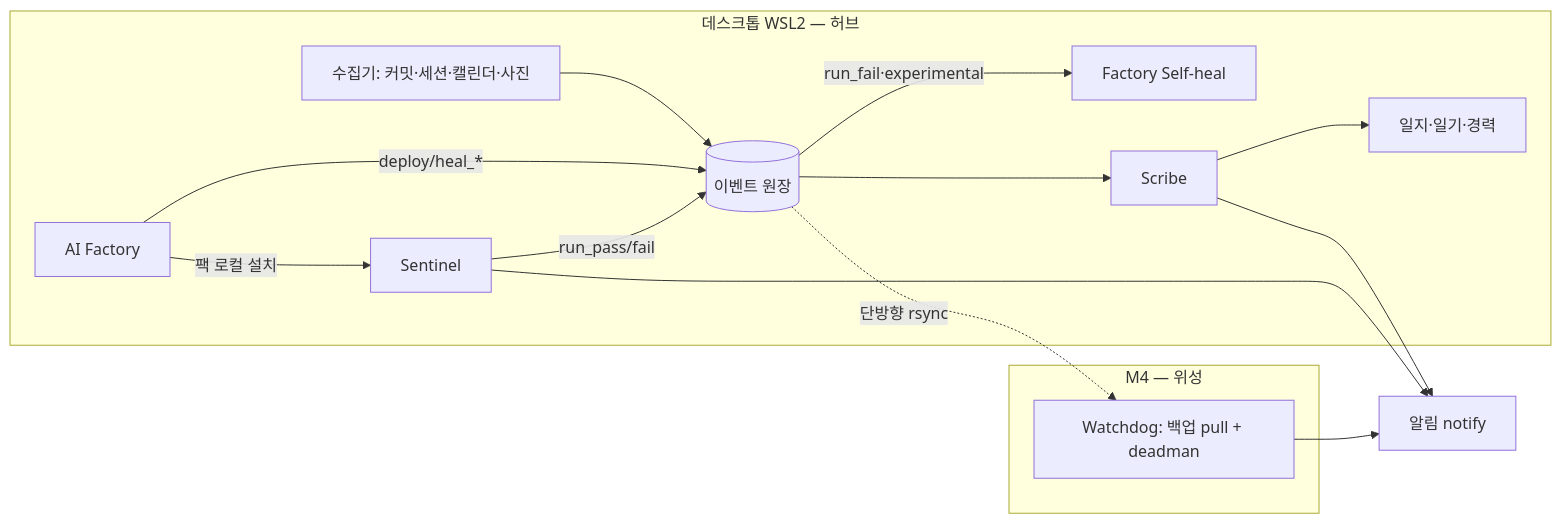
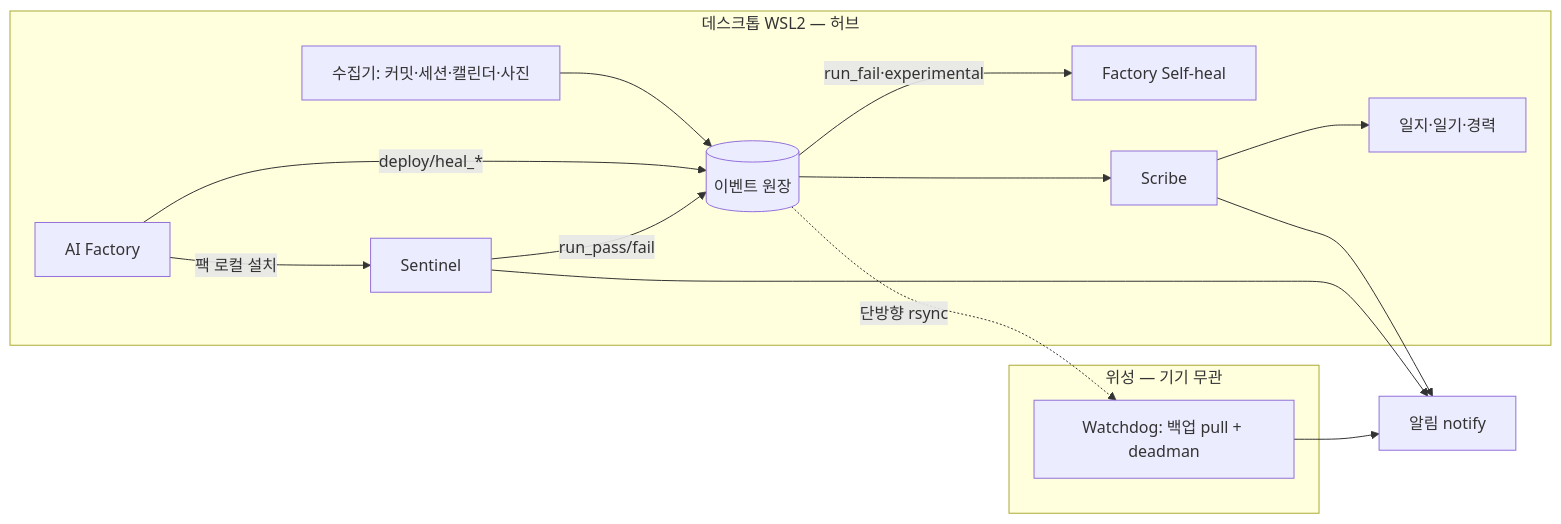
One commit to alswp006/nightcrew changed the diagram in NIGHTCREW_DESIGN.md. Above: the diagram before and after it, drawn with Mermaid. The commit also changed other lines of this file and 8 other files, not shown here.

````diff
--- a/NIGHTCREW_DESIGN.md
+++ b/NIGHTCREW_DESIGN.md
@@ -52,19 +54,19 @@
 ```mermaid
 flowchart LR
   subgraph 데스크톱[데스크톱 WSL2 — 허브]
     F[AI Factory] -->|팩 로컬 설치| S[Sentinel]
     S -->|run_pass/fail| L[(이벤트 원장)]
     F -->|deploy/heal_*| L
     G[수집기: 커밋·세션·캘린더·사진] --> L
     L -->|run_fail·experimental| H[Factory Self-heal]
     L --> M[Scribe]
     M --> J[일지·일기·경력]
   end
-  subgraph M4[M4 — 위성]
+  subgraph SAT[위성 — 기기 무관]
     W[Watchdog: 백업 pull + deadman]
   end
   L -.단방향 rsync.-> W
   S --> T[알림 notify]
   M --> T
   W --> T
 ```
````
